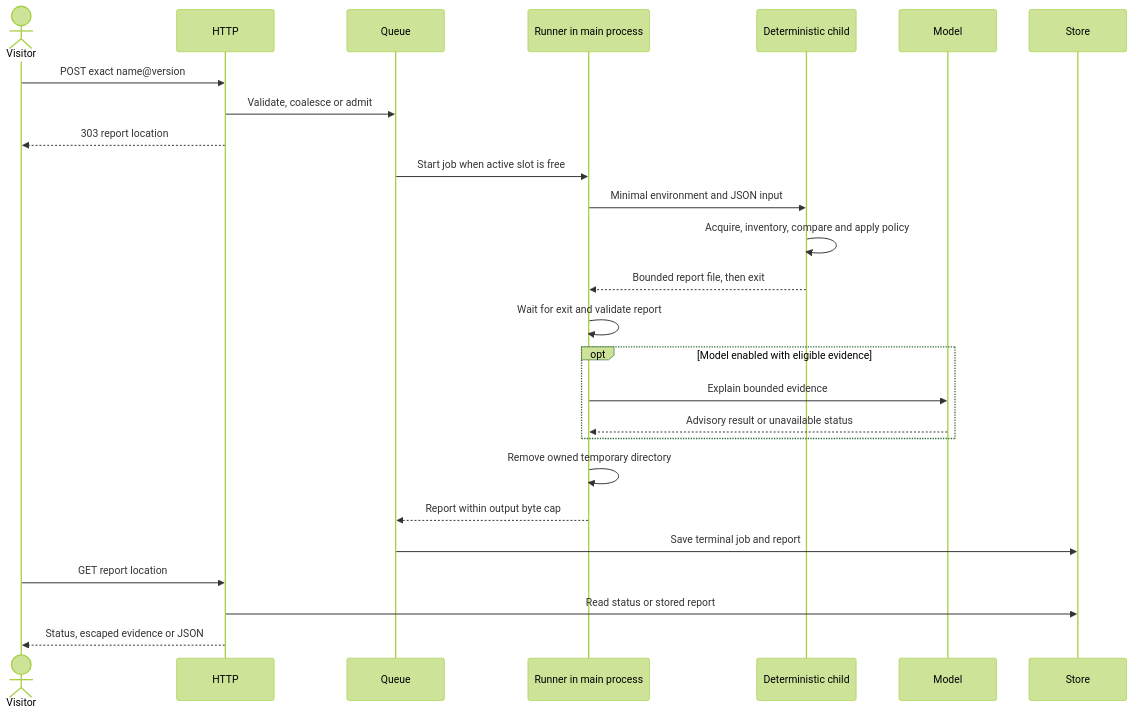
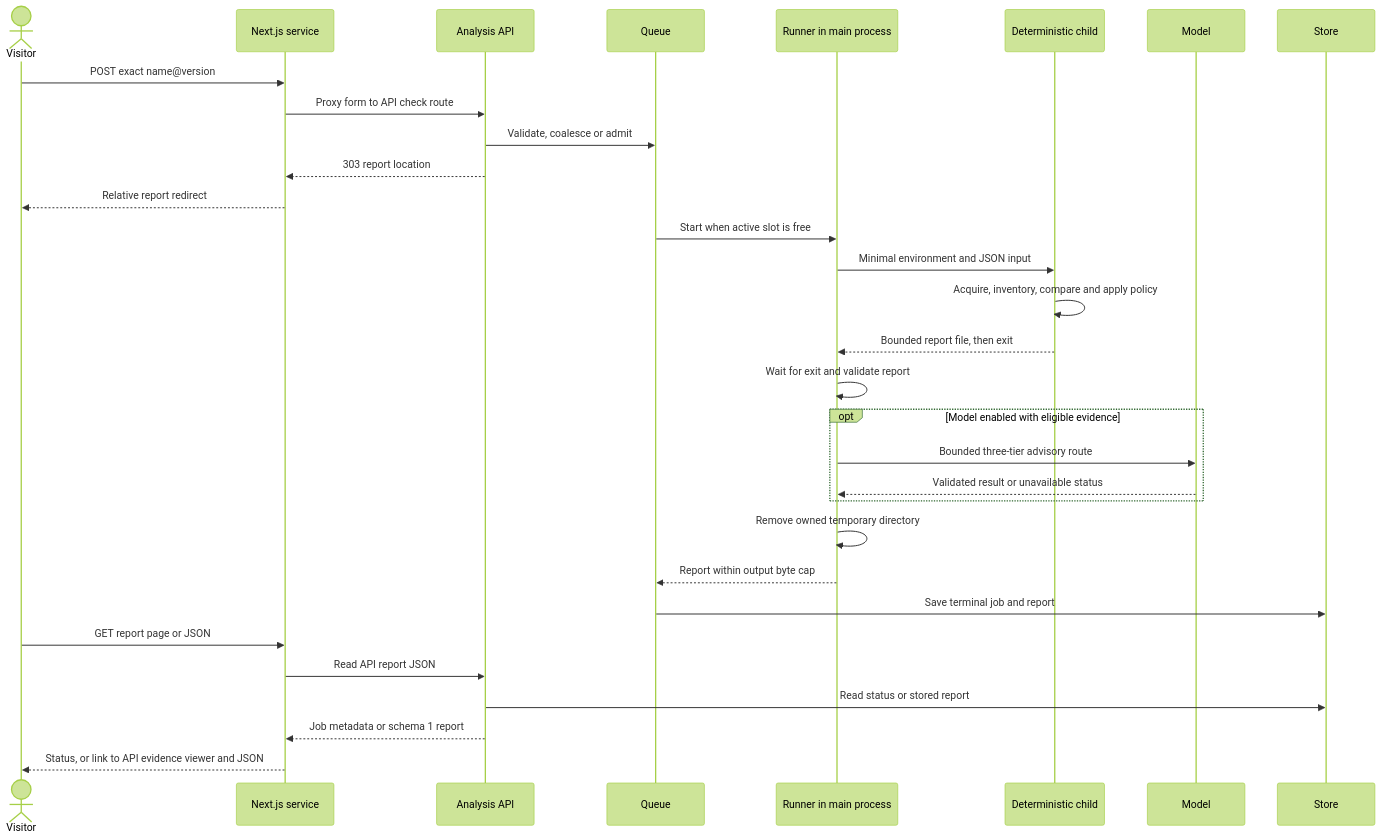
The fifth of 6 diagrams in docs/architecture.md (Vaiditya2207/unmask), drawn with Mermaid (forest theme) before and after one commit. The commit also changed other lines of this file and 4 other files, not shown here.

````diff
--- a/docs/architecture.md
+++ b/docs/architecture.md
@@ -220,28 +221,33 @@
 ```mermaid
 sequenceDiagram
   actor Visitor
-  participant HTTP
+  participant Web as Next.js service
+  participant HTTP as Analysis API
   participant Queue
   participant Parent as Runner in main process
   participant Child as Deterministic child
   participant Model
   participant Store
-  Visitor->>HTTP: POST exact name@version
+  Visitor->>Web: POST exact name@version
+  Web->>HTTP: Proxy form to API check route
   HTTP->>Queue: Validate, coalesce or admit
-  HTTP-->>Visitor: 303 report location
-  Queue->>Parent: Start job when active slot is free
+  HTTP-->>Web: 303 report location
+  Web-->>Visitor: Relative report redirect
+  Queue->>Parent: Start when active slot is free
   Parent->>Child: Minimal environment and JSON input
   Child->>Child: Acquire, inventory, compare and apply policy
   Child-->>Parent: Bounded report file, then exit
   Parent->>Parent: Wait for exit and validate report
   opt Model enabled with eligible evidence
-    Parent->>Model: Explain bounded evidence
-    Model-->>Parent: Advisory result or unavailable status
+    Parent->>Model: Bounded three-tier advisory route
+    Model-->>Parent: Validated result or unavailable status
   end
   Parent->>Parent: Remove owned temporary directory
   Parent-->>Queue: Report within output byte cap
   Queue->>Store: Save terminal job and report
-  Visitor->>HTTP: GET report location
+  Visitor->>Web: GET report page or JSON
+  Web->>HTTP: Read API report JSON
   HTTP->>Store: Read status or stored report
-  HTTP-->>Visitor: Status, escaped evidence or JSON
+  HTTP-->>Web: Job metadata or schema 1 report
+  Web-->>Visitor: Status, or link to API evidence viewer and JSON
 ```
````
